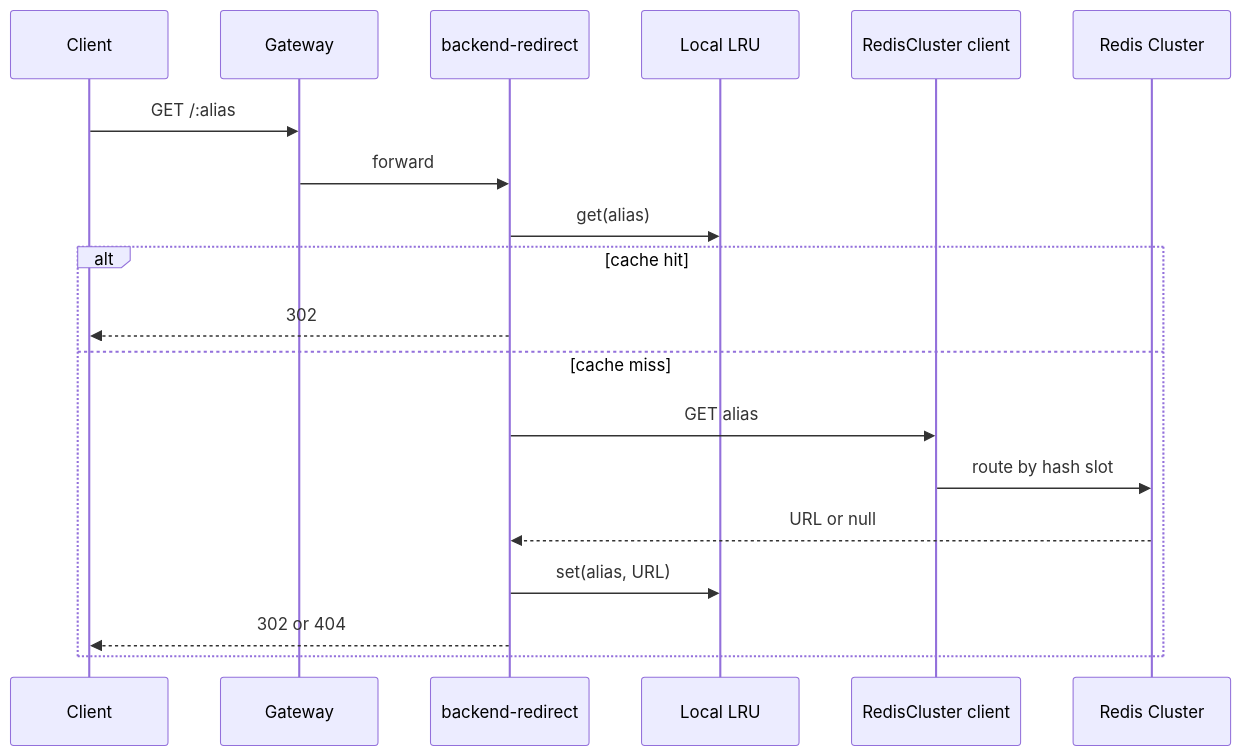
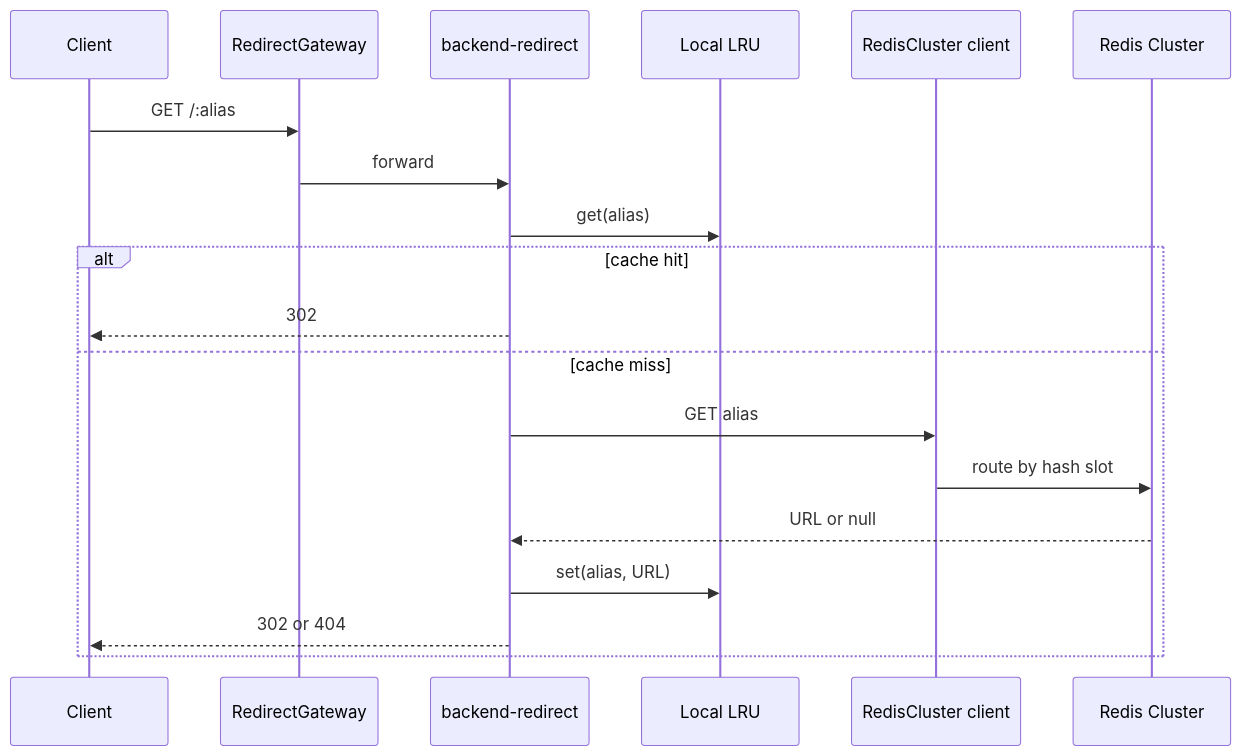
Before and after one commit to sumiredc/alias-url: the fifth of 5 diagrams in variants/distributed/README.md, drawn with Mermaid. The commit also changed other lines of this file and 42 other files, not shown here.

````diff
--- a/variants/distributed/README.md
+++ b/variants/distributed/README.md
@@ -72,22 +116,22 @@
 ```mermaid
 sequenceDiagram
     participant Client
-    participant Gateway
+    participant RedirectGateway
     participant Redirect as backend-redirect
     participant Cache as Local LRU
     participant Cluster as RedisCluster client
     participant Redis as Redis Cluster
 
-    Client->>Gateway: GET /:alias
-    Gateway->>Redirect: forward
+    Client->>RedirectGateway: GET /:alias
+    RedirectGateway->>Redirect: forward
     Redirect->>Cache: get(alias)
     alt cache hit
         Redirect-->>Client: 302
     else cache miss
         Redirect->>Cluster: GET alias
         Cluster->>Redis: route by hash slot
         Redis-->>Redirect: URL or null
         Redirect->>Cache: set(alias, URL)
         Redirect-->>Client: 302 or 404
     end
 ```
````
